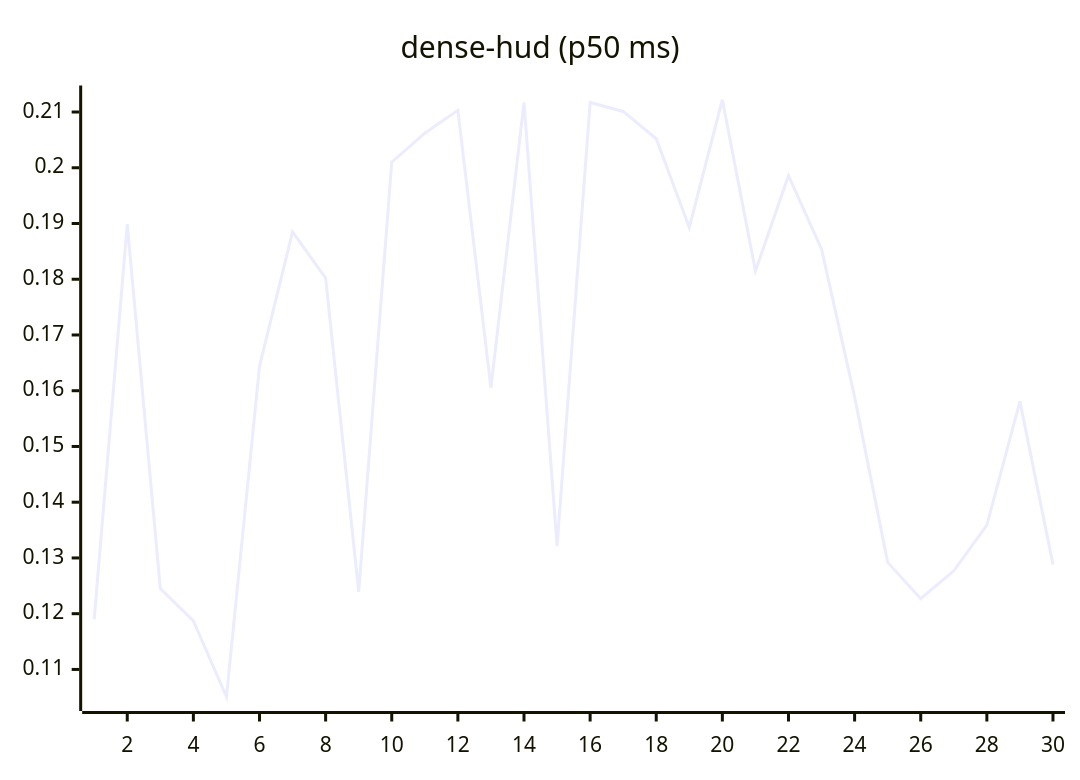
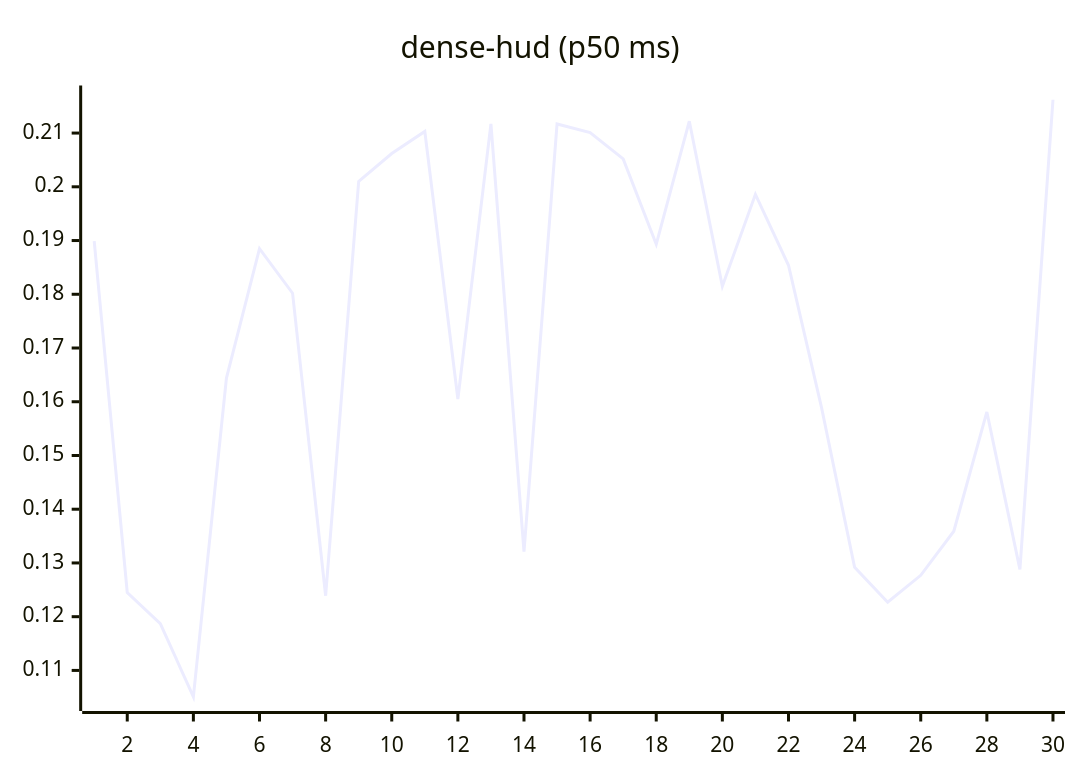
Before and after one commit to josha/Facet: the eighth of 27 diagrams in README.md, drawn with Mermaid. The commit also changed other lines of this file and 2 other files, not shown here.

````diff
--- a/README.md
+++ b/README.md
@@ -112,6 +112,6 @@
 ```mermaid
 xychart-beta
     title "dense-hud (p50 ms)"
     x-axis 1 --> 30
-    line [0.1190, 0.1899, 0.1245, 0.1187, 0.1051, 0.1644, 0.1885, 0.1802, 0.1239, 0.2010, 0.2062, 0.2103, 0.1605, 0.2117, 0.1321, 0.2117, 0.2101, 0.2052, 0.1893, 0.2122, 0.1815, 0.1986, 0.1854, 0.1589, 0.1292, 0.1227, 0.1277, 0.1359, 0.1581, 0.1288]
+    line [0.1899, 0.1245, 0.1187, 0.1051, 0.1644, 0.1885, 0.1802, 0.1239, 0.2010, 0.2062, 0.2103, 0.1605, 0.2117, 0.1321, 0.2117, 0.2101, 0.2052, 0.1893, 0.2122, 0.1815, 0.1986, 0.1854, 0.1589, 0.1292, 0.1227, 0.1277, 0.1359, 0.1581, 0.1288, 0.2162]
 ```
````
